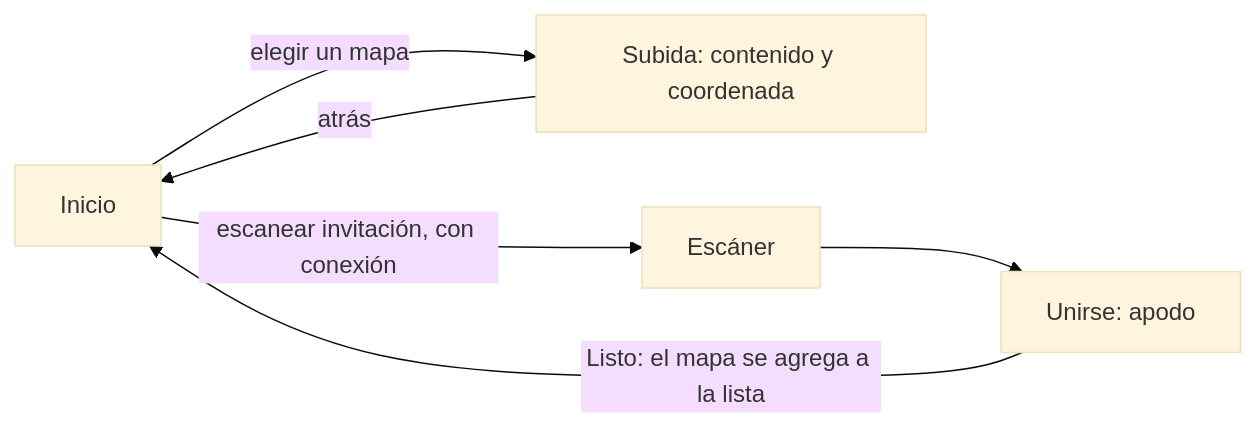
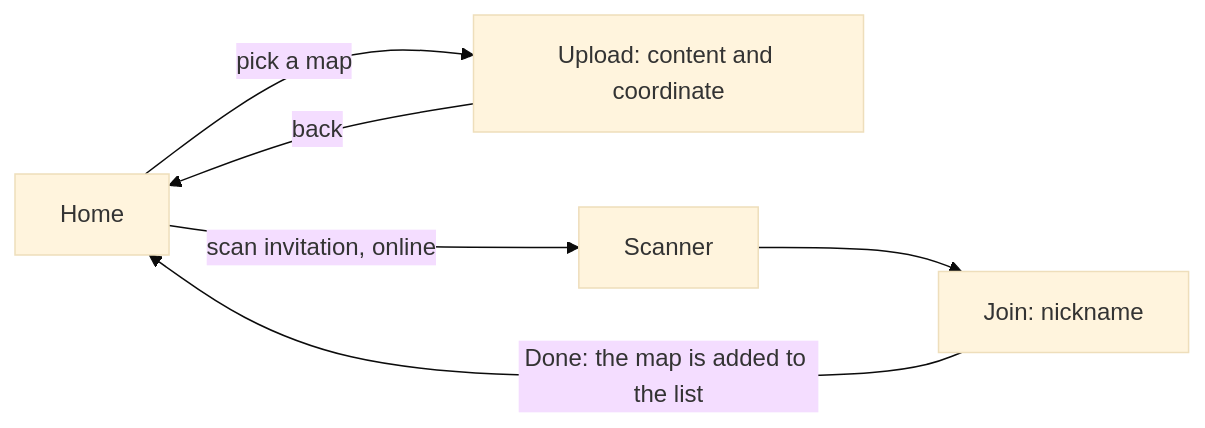
The first of 5 diagrams in docs/how-it-works/offline_contributions.md (hotosm/chatmap), drawn with Mermaid (base theme) before and after one commit. The commit also changed other lines of this file and 8 other files, not shown here.

````diff
--- a/docs/how-it-works/offline_contributions.md
+++ b/docs/how-it-works/offline_contributions.md
@@ -56,8 +58,8 @@
 ```mermaid
 flowchart LR
-    I["Inicio"] -->|"elegir un mapa"| M["Subida: contenido y coordenada"]
-    M -->|"atrás"| I
-    I -->|"escanear invitación, con conexión"| S["Escáner"]
-    S --> J["Unirse: apodo"]
-    J -->|"Listo: el mapa se agrega a la lista"| I
+    I["Home"] -->|"pick a map"| M["Upload: content and coordinate"]
+    M -->|"back"| I
+    I -->|"scan invitation, online"| S["Scanner"]
+    S --> J["Join: nickname"]
+    J -->|"Done: the map is added to the list"| I
 ```
````
